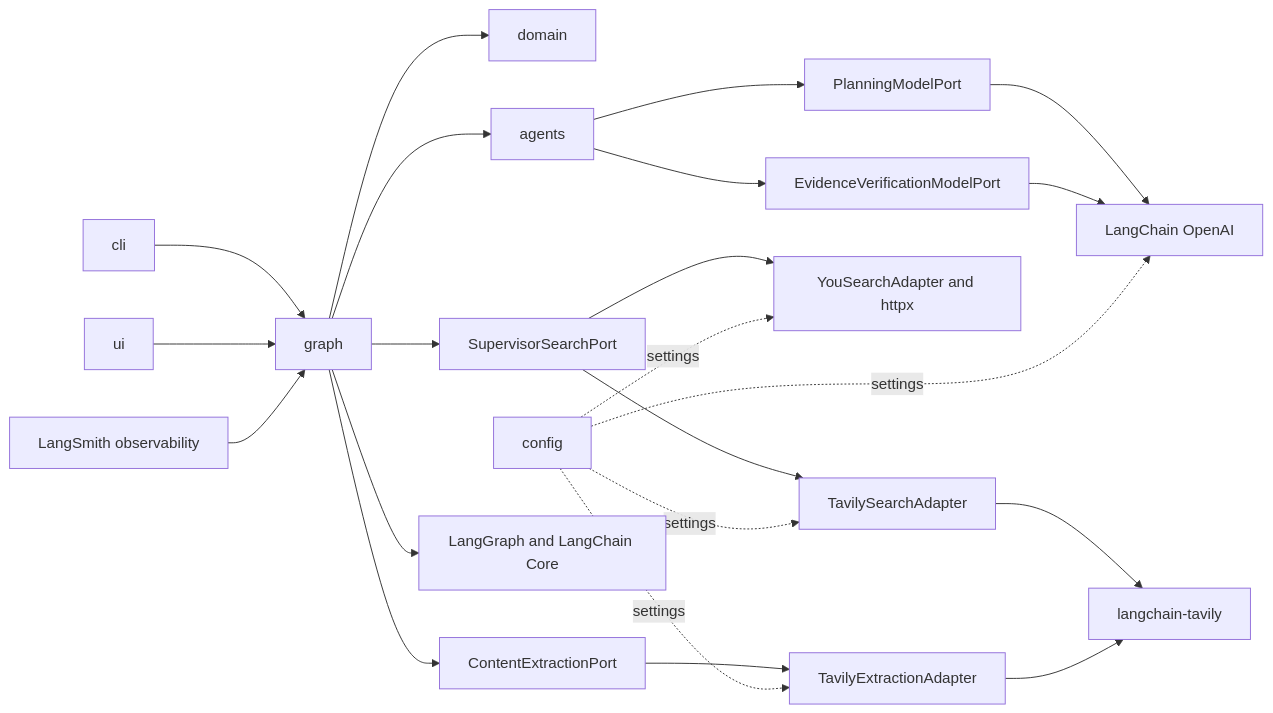
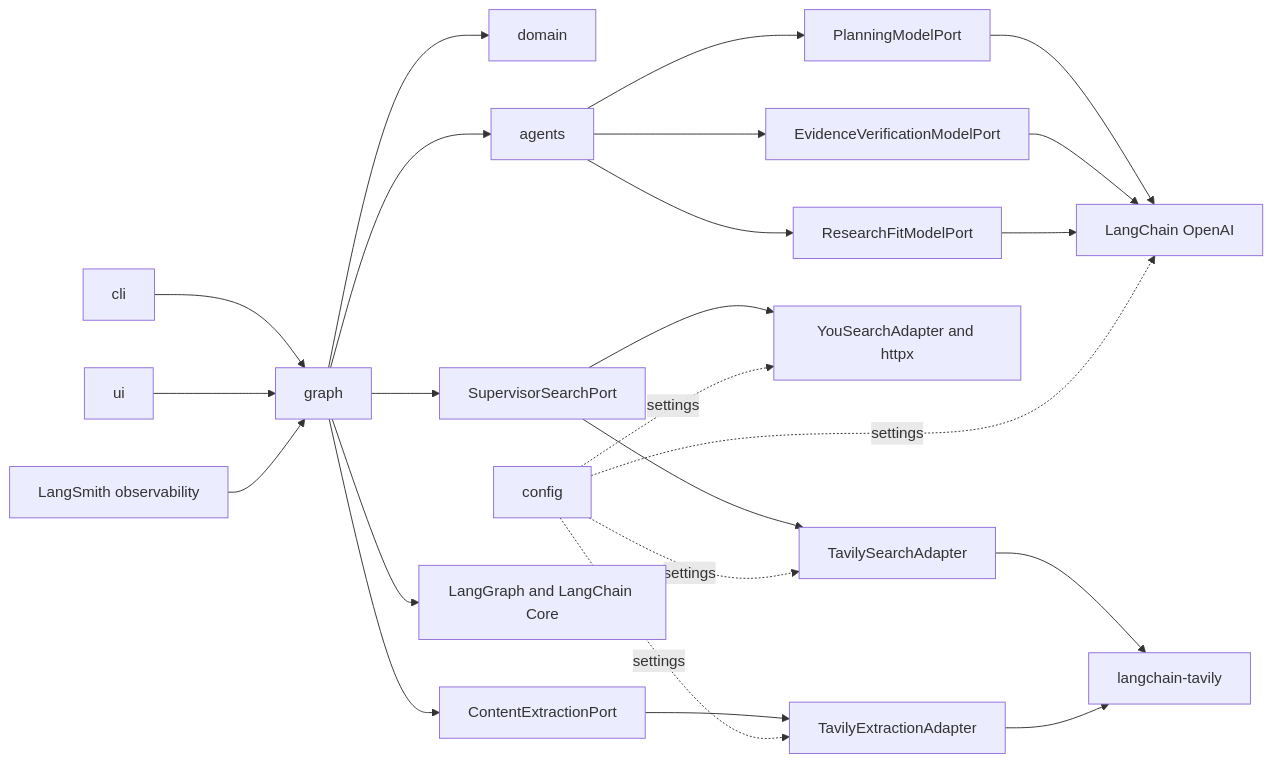
One commit to shanly-rajan/ai-builder changed diagram 15 of 15 in projects/scholar-path/docs/architecture.md. Above: the diagram before and after it, drawn with Mermaid. The commit also changed other lines of this file and 43 other files, not shown here.

Commit message:
feat: add Research Fit evaluation and shortlist synthesis

````diff
--- a/projects/scholar-path/docs/architecture.md
+++ b/projects/scholar-path/docs/architecture.md
@@ -463,24 +542,26 @@
 ```mermaid
 flowchart LR
     CLI[cli] --> GRAPH[graph]
     UI[ui] --> GRAPH
     GRAPH --> DOMAIN[domain]
     GRAPH --> AGENTS[agents]
     GRAPH --> SEARCHPORT[SupervisorSearchPort]
     GRAPH --> CONTENTPORT[ContentExtractionPort]
     AGENTS --> PLANPORT[PlanningModelPort]
     AGENTS --> EVIDENCEPORT[EvidenceVerificationModelPort]
+    AGENTS --> FITPORT[ResearchFitModelPort]
     PLANPORT --> OPENAI[LangChain OpenAI]
     EVIDENCEPORT --> OPENAI
+    FITPORT --> OPENAI
     SEARCHPORT --> YOU[YouSearchAdapter and httpx]
     SEARCHPORT --> TSEARCH[TavilySearchAdapter]
     CONTENTPORT --> TEXTRACT[TavilyExtractionAdapter]
     TSEARCH --> TSDK[langchain-tavily]
     TEXTRACT --> TSDK
     GRAPH --> LANGGRAPH[LangGraph and LangChain Core]
     OBS[LangSmith observability] --> GRAPH
     CONFIG[config] -. settings .-> OPENAI
     CONFIG -. settings .-> YOU
     CONFIG -. settings .-> TSEARCH
     CONFIG -. settings .-> TEXTRACT
 ```
````
